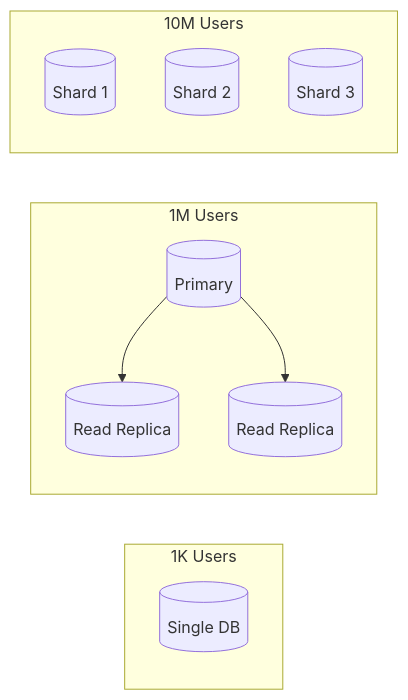
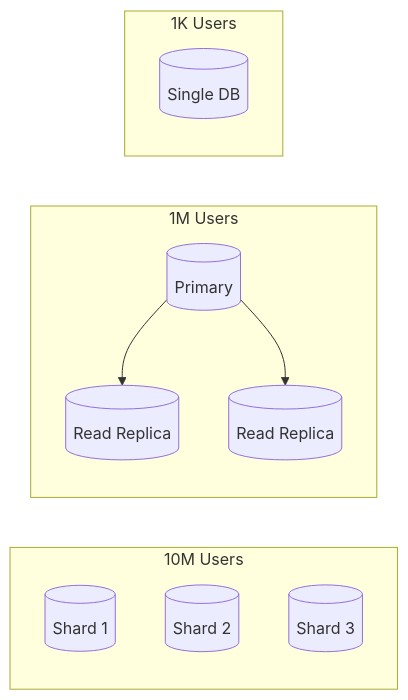
The third of 8 diagrams in architecture-general/05-cloud-infrastructure-platform-architecture/scaling/system-design-at-scale.md (gurkanindibay/azure_learning), drawn with Mermaid before and after one commit. The commit also changed other lines of this file, not shown here.

Commit message:
docs(system-design-architecture): reorder database evolution and technology stack mermaid diagrams to ascending scale

````diff
--- a/architecture-general/05-cloud-infrastructure-platform-architecture/scaling/system-design-at-scale.md
+++ b/architecture-general/05-cloud-infrastructure-platform-architecture/scaling/system-design-at-scale.md
@@ -133,15 +133,15 @@
 ```mermaid
 graph LR
-    subgraph "1K Users"
-        DB1[(Single DB)]
+    subgraph "10M Users"
+        S1[(Shard 1)]
+        S2[(Shard 2)]
+        S3[(Shard 3)]
     end
     subgraph "1M Users"
         DB2[(Primary)] --> RR1[(Read Replica)]
         DB2 --> RR2[(Read Replica)]
     end
-    subgraph "10M Users"
-        S1[(Shard 1)]
-        S2[(Shard 2)]
-        S3[(Shard 3)]
+    subgraph "1K Users"
+        DB1[(Single DB)]
     end
 ```
````
